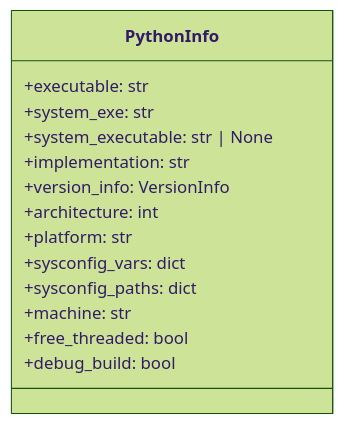
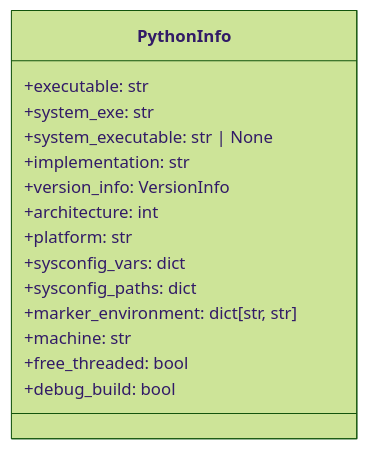
One commit to tox-dev/python-discovery changed the second of 3 diagrams in docs/how-to/standalone-usage.rst. Above: the diagram before and after it, drawn with Mermaid (forest theme). The commit also changed other lines of this file and 5 other files, not shown here.

Commit message:
✨ feat(py_info): expose marker environment

```diff
--- a/docs/how-to/standalone-usage.rst
+++ b/docs/how-to/standalone-usage.rst
@@ -143,17 +143,18 @@
 .. mermaid::
 
     classDiagram
         class PythonInfo {
             +executable: str
             +system_exe: str
             +system_executable: str | None
             +implementation: str
             +version_info: VersionInfo
             +architecture: int
             +platform: str
             +sysconfig_vars: dict
             +sysconfig_paths: dict
+            +marker_environment: dict[str, str]
             +machine: str
             +free_threaded: bool
             +debug_build: bool
         }
```
